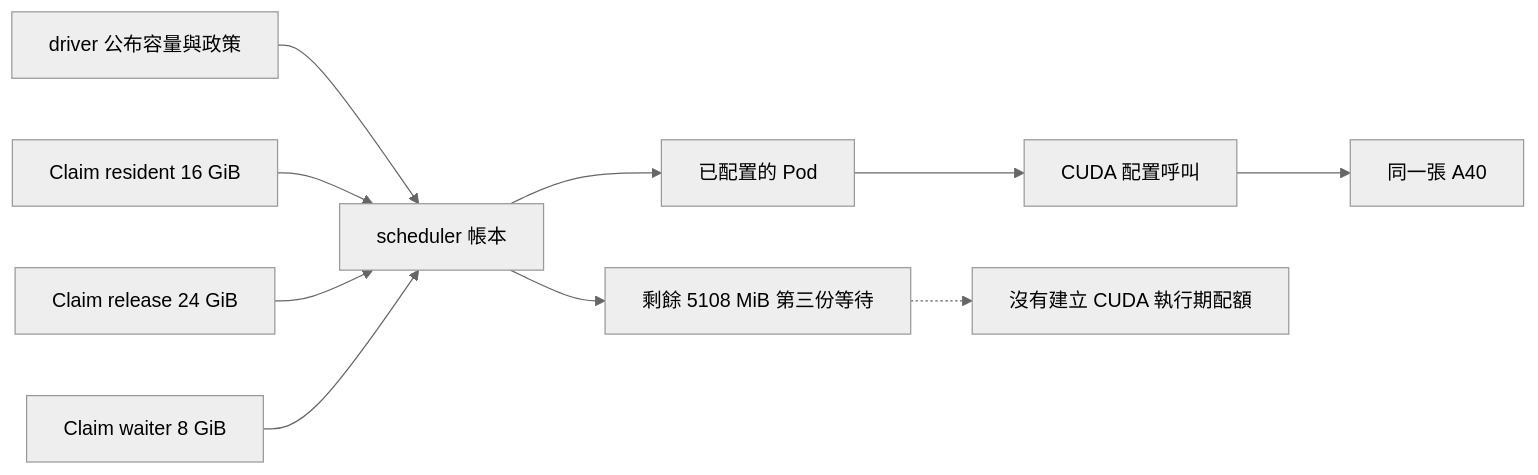
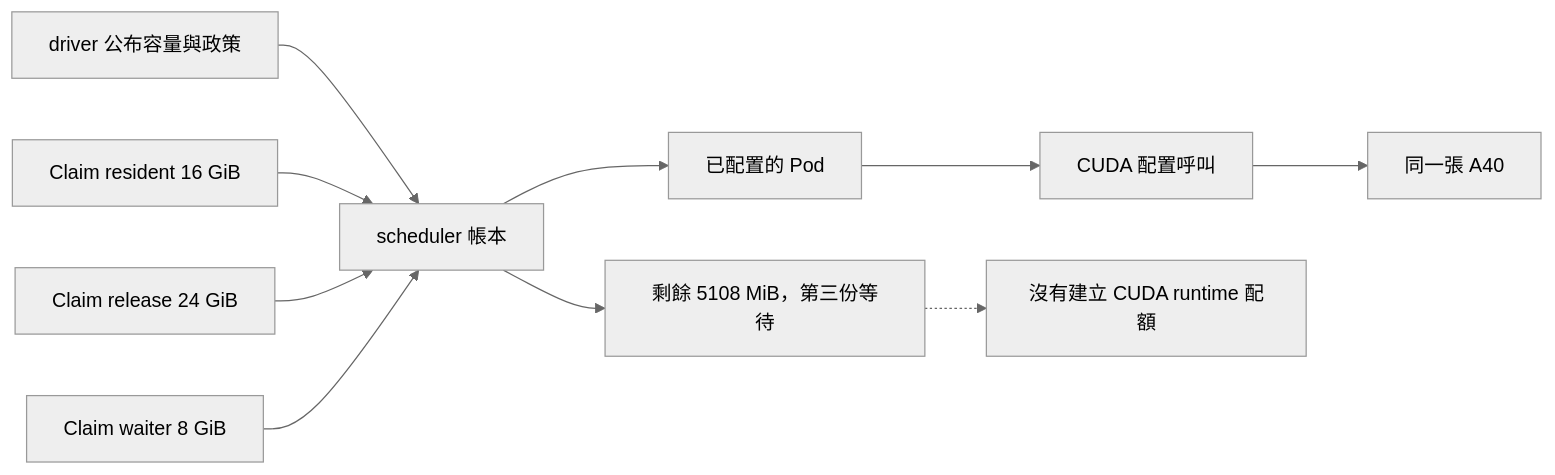
The diagram in book/04-isolation/consumable-shares.md (Daniel77871/dra-gpu-sharing-in-practice), drawn with Mermaid (neutral theme) before and after one commit. The commit also changed other lines of this file and 80 other files, not shown here.

````diff
--- a/book/04-isolation/consumable-shares.md
+++ b/book/04-isolation/consumable-shares.md
@@ -13,12 +13,12 @@
 ```mermaid
 flowchart LR
     D["driver 公布容量與政策"] --> S["scheduler 帳本"]
     A["Claim resident 16 GiB"] --> S
     B["Claim release 24 GiB"] --> S
     C["Claim waiter 8 GiB"] --> S
-    S --> R["剩餘 5108 MiB 第三份等待"]
+    S --> R["剩餘 5108 MiB，第三份等待"]
     S --> P["已配置的 Pod"]
     P --> U["CUDA 配置呼叫"]
     U --> G["同一張 A40"]
-    R -.-> N["沒有建立 CUDA 執行期配額"]
+    R -.-> N["沒有建立 CUDA runtime 配額"]
 ```
````
